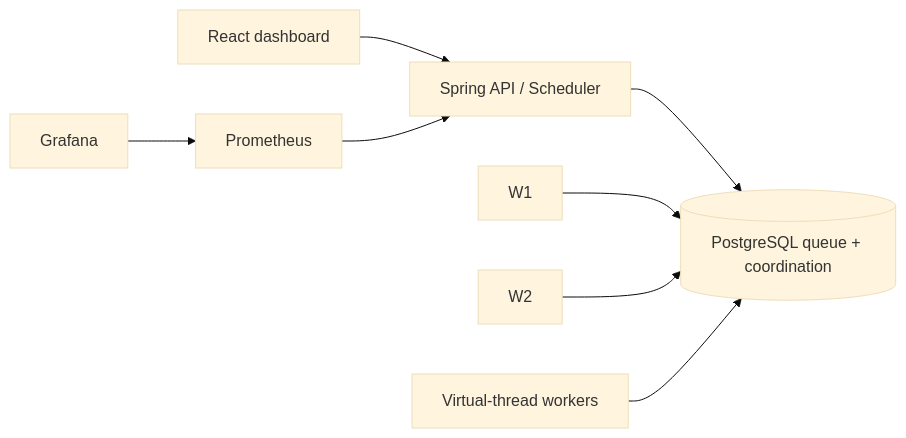
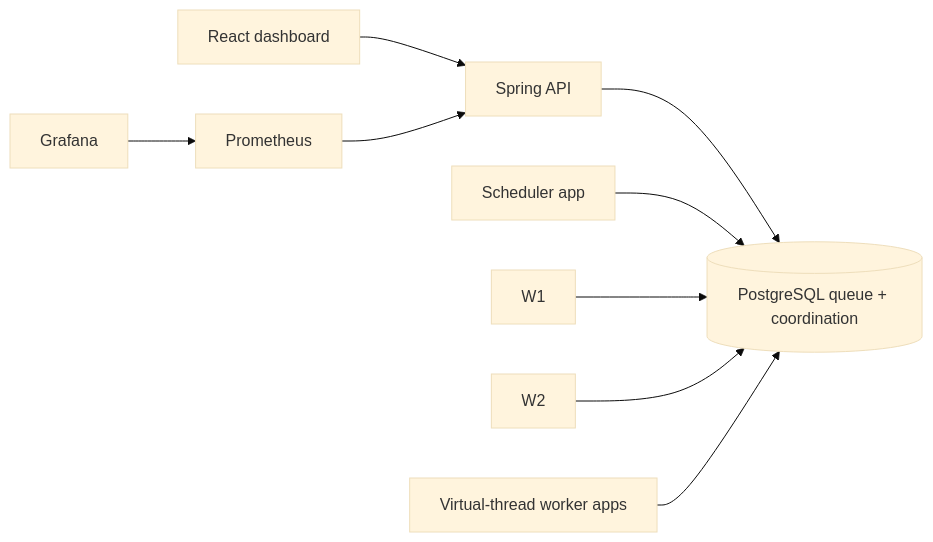
One commit to AakashChavla/Chronos changed the diagram in README.md. Above: the diagram before and after it, drawn with Mermaid (base theme). The commit also changed other lines of this file and 43 other files, not shown here.

````diff
--- a/README.md
+++ b/README.md
@@ -5,8 +17,9 @@
 ```mermaid
 flowchart LR
- UI[React dashboard] --> API[Spring API / Scheduler]
+ UI[React dashboard] --> API[Spring API]
  API --> DB[(PostgreSQL queue + coordination)]
- W1 & W2 & W3[Virtual-thread workers] --> DB
+ SCH[Scheduler app] --> DB
+ W1 & W2 & W3[Virtual-thread worker apps] --> DB
  P[Prometheus] --> API
  G[Grafana] --> P
 ```
````
